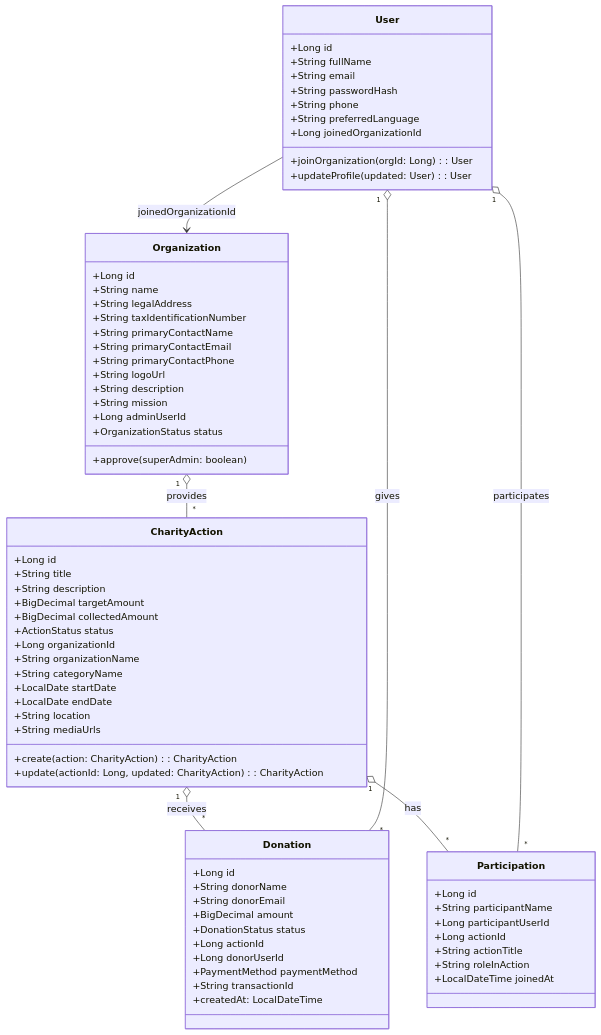
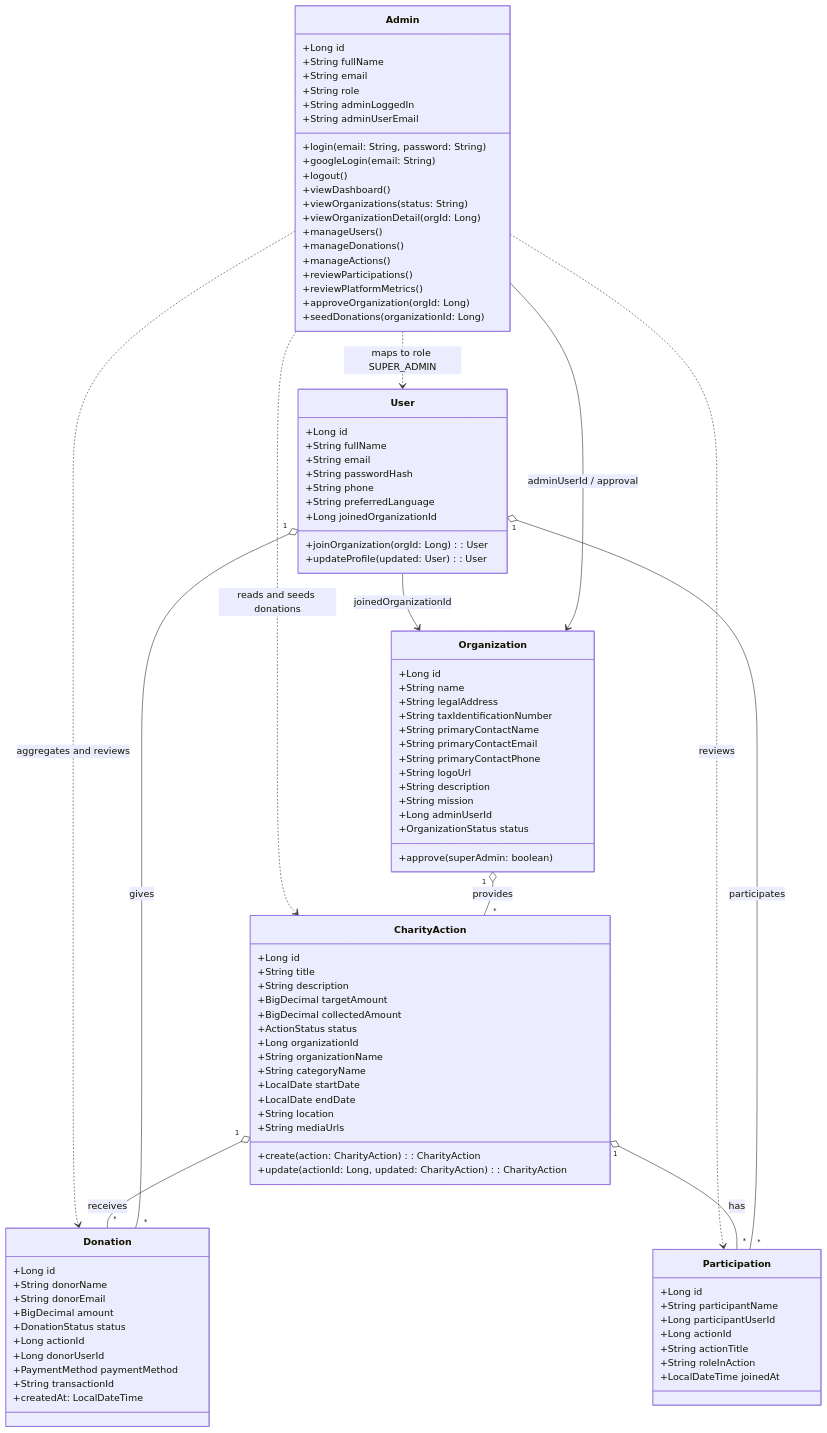
One commit to Arhrid-Hamza/gestion_charite changed the diagram in docs/diagrams/class.mmd. Above: the diagram before and after it, drawn with Mermaid. The commit also changed 11 other files, not shown here.

Commit message:
Update diagrams

```diff
--- a/docs/diagrams/class.mmd
+++ b/docs/diagrams/class.mmd
@@ -1,77 +1,104 @@
 classDiagram
   class User {
     +Long id
     +String fullName
     +String email
     +String passwordHash
     +String phone
     +String preferredLanguage
     +Long joinedOrganizationId
     +joinOrganization(orgId: Long): User
     +updateProfile(updated: User): User
+  }
+
+  class Admin {
+    +Long id
+    +String fullName
+    +String email
+    +String role
+    +String adminLoggedIn
+    +String adminUserEmail
+    +login(email: String, password: String)
+    +googleLogin(email: String)
+    +logout()
+    +viewDashboard()
+    +viewOrganizations(status: String)
+    +viewOrganizationDetail(orgId: Long)
+    +manageUsers()
+    +manageDonations()
+    +manageActions()
+    +reviewParticipations()
+    +reviewPlatformMetrics()
+    +approveOrganization(orgId: Long)
+    +seedDonations(organizationId: Long)
   }
 
   class Organization {
     +Long id
     +String name
     +String legalAddress
     +String taxIdentificationNumber
     +String primaryContactName
     +String primaryContactEmail
     +String primaryContactPhone
     +String logoUrl
     +String description
     +String mission
     +Long adminUserId
     +OrganizationStatus status
     +approve(superAdmin: boolean)
   }
 
   class CharityAction {
     +Long id
     +String title
     +String description
     +BigDecimal targetAmount
     +BigDecimal collectedAmount
     +ActionStatus status
     +Long organizationId
     +String organizationName
     +String categoryName
     +LocalDate startDate
     +LocalDate endDate
     +String location
     +String mediaUrls
     +create(action: CharityAction): CharityAction
     +update(actionId: Long, updated: CharityAction): CharityAction
   }
 
   class Donation {
     +Long id
     +String donorName
     +String donorEmail
     +BigDecimal amount
     +DonationStatus status
     +Long actionId
     +Long donorUserId
     +PaymentMethod paymentMethod
     +String transactionId
     +createdAt: LocalDateTime
   }
 
   class Participation {
     +Long id
     +String participantName
     +Long participantUserId
     +Long actionId
     +String actionTitle
     +String roleInAction
     +LocalDateTime joinedAt
   }
 
   %% Relationships
+  Admin ..> User : maps to role SUPER_ADMIN
   User --> Organization : joinedOrganizationId
+  Admin --> Organization : adminUserId / approval
+  Admin ..> CharityAction : reads and seeds donations
+  Admin ..> Donation : aggregates and reviews
+  Admin ..> Participation : reviews
   Organization "1" o-- "*" CharityAction : provides
   CharityAction "1" o-- "*" Donation : receives
   CharityAction "1" o-- "*" Participation : has
   User "1" o-- "*" Donation : gives
   User "1" o-- "*" Participation : participates
```
